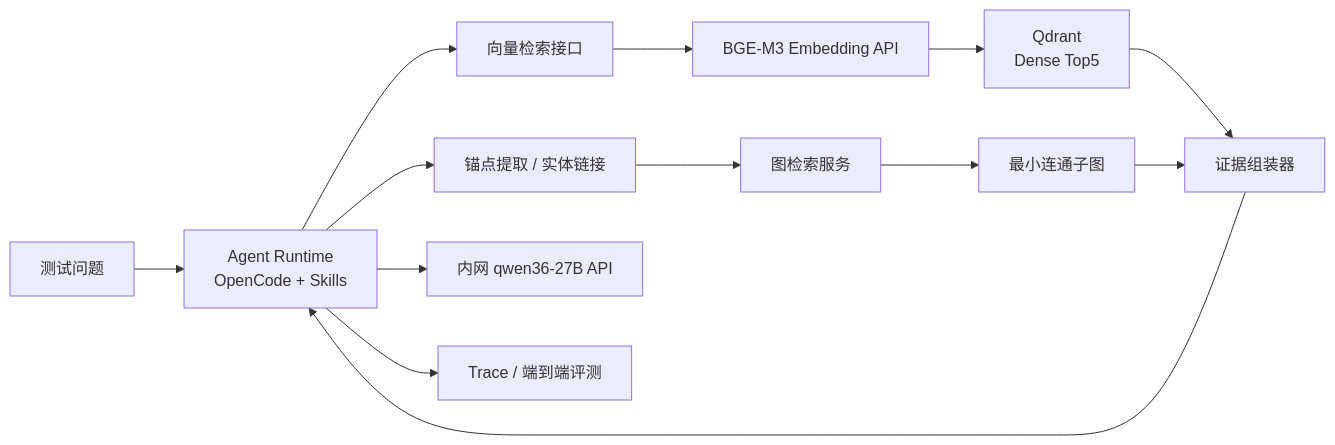
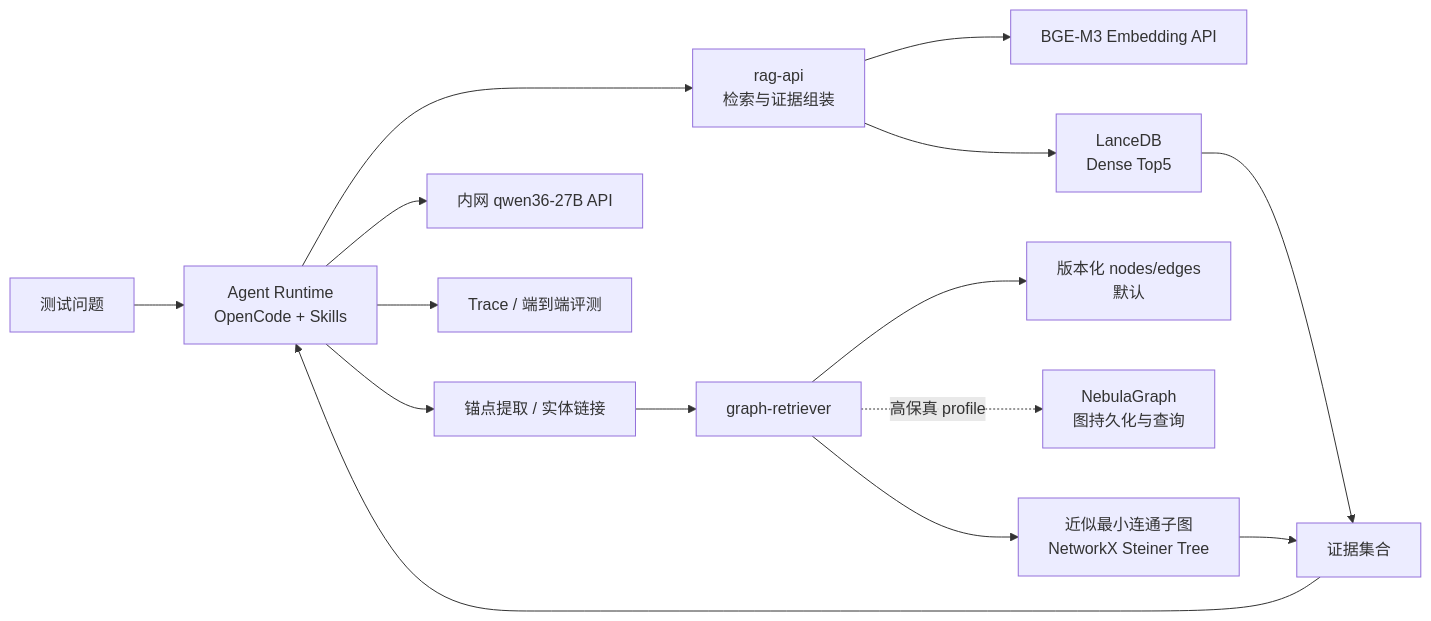
The diagram in docs/ontology-rag-test-environment-deployment.md (JuntaoMa/Ontology), drawn with Mermaid before and after one commit. The commit also changed other lines of this file, not shown here.

Commit message:
Update ontology RAG test environment deployment plan

````diff
--- a/docs/ontology-rag-test-environment-deployment.md
+++ b/docs/ontology-rag-test-environment-deployment.md
@@ -50,15 +55,17 @@
 ```mermaid
 flowchart LR
     U["测试问题"] --> A["Agent Runtime<br/>OpenCode + Skills"]
-    A --> V["向量检索接口"]
-    V --> E["BGE-M3 Embedding API"]
-    E --> Q["Qdrant<br/>Dense Top5"]
+    A --> R["rag-api<br/>检索与证据组装"]
+    R --> E["BGE-M3 Embedding API"]
+    R --> V["LanceDB<br/>Dense Top5"]
     A --> X["锚点提取 / 实体链接"]
-    X --> G["图检索服务"]
-    G --> S["最小连通子图"]
-    Q --> C["证据组装器"]
+    X --> G["graph-retriever"]
+    G --> F["版本化 nodes/edges<br/>默认"]
+    G -. "高保真 profile" .-> N["NebulaGraph<br/>图持久化与查询"]
+    G --> S["近似最小连通子图<br/>NetworkX Steiner Tree"]
+    V --> C["证据集合"]
     S --> C
     C --> A
     A --> L["内网 qwen36-27B API"]
-    A --> R["Trace / 端到端评测"]
+    A --> T["Trace / 端到端评测"]
 ```
````
